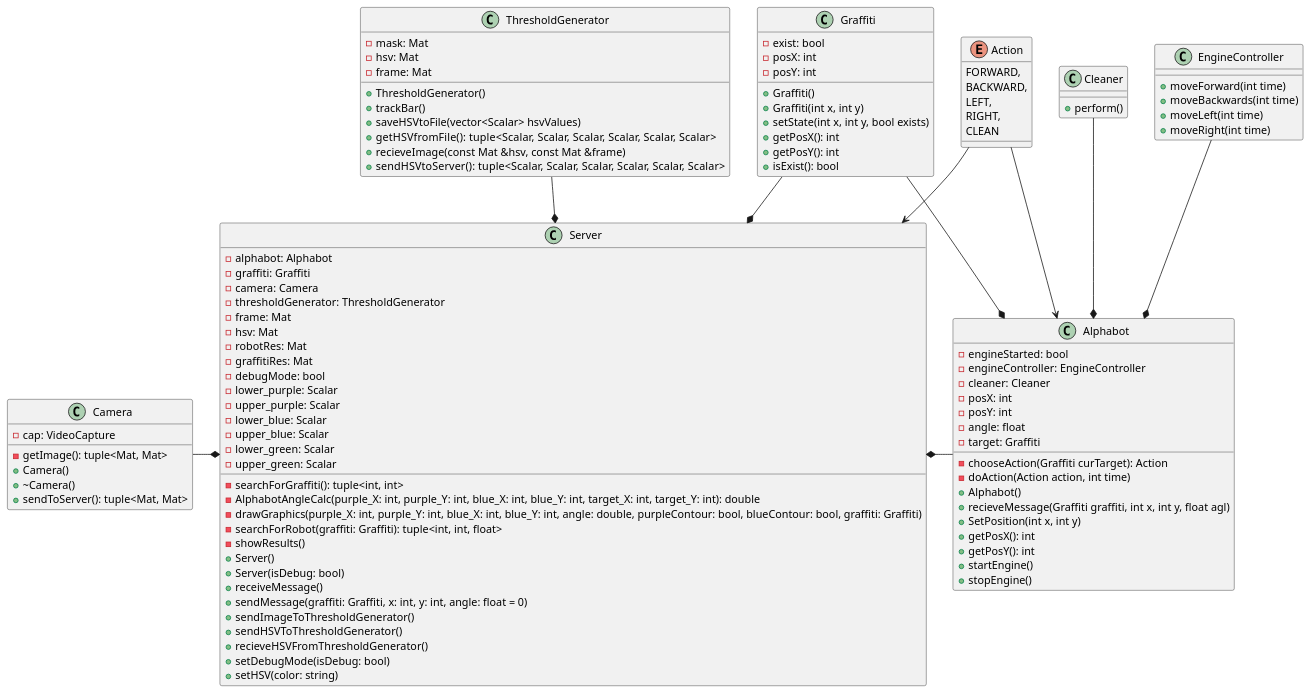
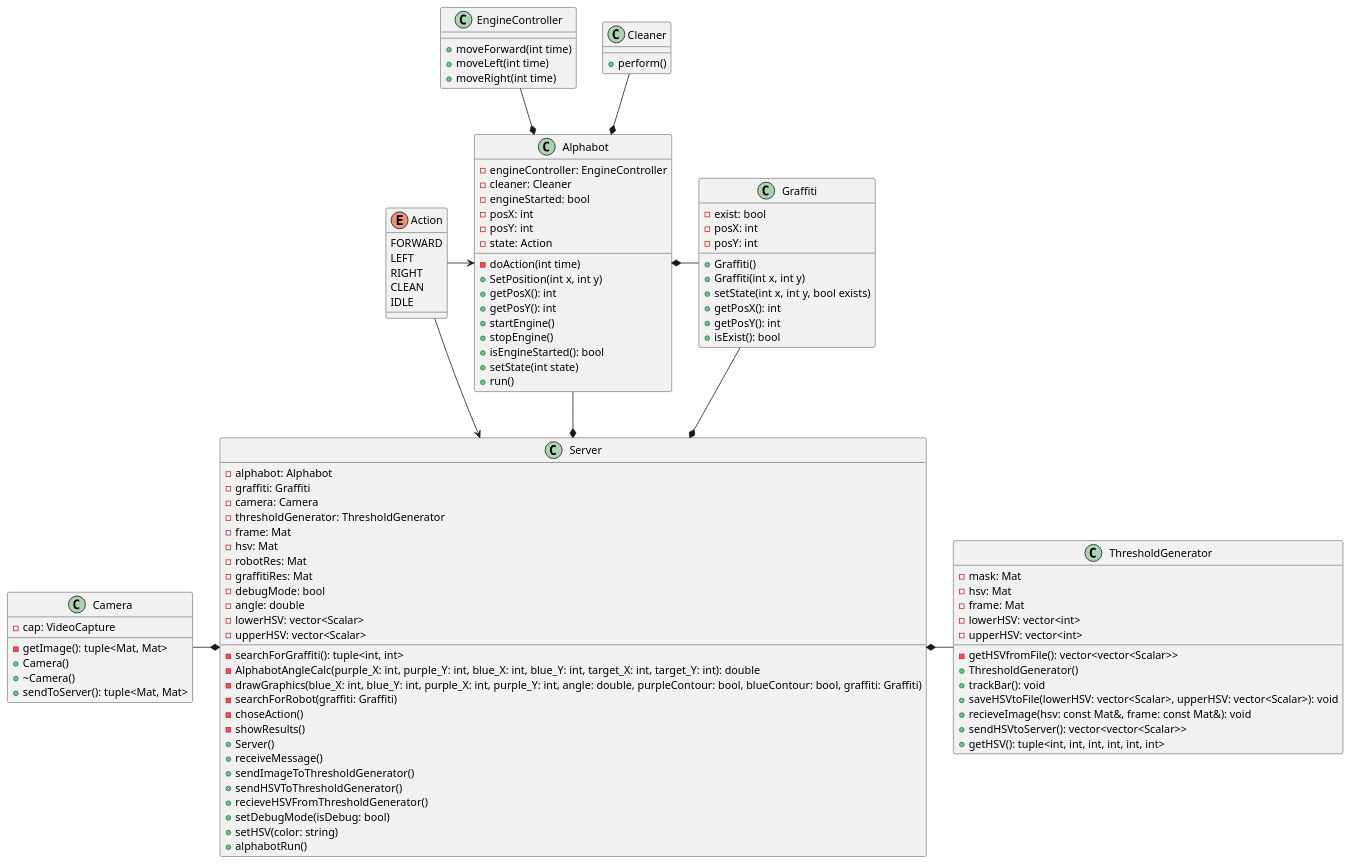
The diagram in plantUML.wsd (kolganovr/Alphabot), drawn with PlantUML before and after one commit. The commit also changed 4 other files, not shown here.

```diff
--- a/plantUML.wsd
+++ b/plantUML.wsd
@@ -1,115 +1,112 @@
 @startuml Alphabot
 
 enum Action {
-    FORWARD,
-    BACKWARD,
-    LEFT,
-    RIGHT,
+    FORWARD
+    LEFT
+    RIGHT
     CLEAN
+    IDLE
 }
 
 class EngineController {
     + moveForward(int time)
-    + moveBackwards(int time)
     + moveLeft(int time)
     + moveRight(int time)
 }
 
 class Cleaner {
     + perform()
 }
 
 class Camera {
     - cap: VideoCapture
     - getImage(): tuple<Mat, Mat>
     + Camera()
     + ~Camera()
     + sendToServer(): tuple<Mat, Mat>
 }
 
 class Graffiti {
     - exist: bool
     - posX: int
     - posY: int
     + Graffiti()
     + Graffiti(int x, int y)
     + setState(int x, int y, bool exists)
     + getPosX(): int
     + getPosY(): int
     + isExist(): bool
 }
 
 class Alphabot {
-    - engineStarted: bool
     - engineController: EngineController
     - cleaner: Cleaner
+    - engineStarted: bool
     - posX: int
     - posY: int
-    - angle: float
-    - target: Graffiti
-    - chooseAction(Graffiti curTarget): Action
-    - doAction(Action action, int time)
-    + Alphabot()
-    + recieveMessage(Graffiti graffiti, int x, int y, float agl)
+    - state: Action
+    - doAction(int time)
     + SetPosition(int x, int y)
     + getPosX(): int
     + getPosY(): int
     + startEngine()
     + stopEngine()
+    + isEngineStarted(): bool
+    + setState(int state)
+    + run()
 }
 
 class ThresholdGenerator {
     - mask: Mat
     - hsv: Mat
     - frame: Mat
+    - lowerHSV: vector<int>
+    - upperHSV: vector<int>
+    - getHSVfromFile(): vector<vector<Scalar>>
     + ThresholdGenerator()
-    + trackBar()
-    + saveHSVtoFile(vector<Scalar> hsvValues)
-    + getHSVfromFile(): tuple<Scalar, Scalar, Scalar, Scalar, Scalar, Scalar>
-    + recieveImage(const Mat &hsv, const Mat &frame)
-    + sendHSVtoServer(): tuple<Scalar, Scalar, Scalar, Scalar, Scalar, Scalar>
+    + trackBar(): void
+    + saveHSVtoFile(lowerHSV: vector<Scalar>, upperHSV: vector<Scalar>): void
+    + recieveImage(hsv: const Mat&, frame: const Mat&): void
+    + sendHSVtoServer(): vector<vector<Scalar>>
+    + getHSV(): tuple<int, int, int, int, int, int>
 }
 
 class Server {
 - alphabot: Alphabot
 - graffiti: Graffiti
 - camera: Camera
 - thresholdGenerator: ThresholdGenerator
 - frame: Mat
 - hsv: Mat
 - robotRes: Mat
 - graffitiRes: Mat
 - debugMode: bool
-- lower_purple: Scalar
-- upper_purple: Scalar
-- lower_blue: Scalar
-- upper_blue: Scalar
-- lower_green: Scalar
-- upper_green: Scalar
+- angle: double
+- lowerHSV: vector<Scalar>
+- upperHSV: vector<Scalar>
 - searchForGraffiti(): tuple<int, int>
 - AlphabotAngleCalc(purple_X: int, purple_Y: int, blue_X: int, blue_Y: int, target_X: int, target_Y: int): double
-- drawGraphics(purple_X: int, purple_Y: int, blue_X: int, blue_Y: int, angle: double, purpleContour: bool, blueContour: bool, graffiti: Graffiti)
-- searchForRobot(graffiti: Graffiti): tuple<int, int, float>
+- drawGraphics(blue_X: int, blue_Y: int, purple_X: int, purple_Y: int, angle: double, purpleContour: bool, blueContour: bool, graffiti: Graffiti)
+- searchForRobot(graffiti: Graffiti)
+- choseAction()
 - showResults()
 + Server()
-+ Server(isDebug: bool)
 + receiveMessage()
-+ sendMessage(graffiti: Graffiti, x: int, y: int, angle: float = 0)
 + sendImageToThresholdGenerator()
 + sendHSVToThresholdGenerator()
 + recieveHSVFromThresholdGenerator()
 + setDebugMode(isDebug: bool)
 + setHSV(color: string)
-
++ alphabotRun()
 }
 
 EngineController --* Alphabot
 Cleaner --* Alphabot
-Graffiti --* Alphabot
-Action --> Alphabot
+Alphabot *- Graffiti
+Action -> Alphabot
 Action --> Server
 Graffiti --* Server
-ThresholdGenerator --* Server
+Server *- ThresholdGenerator
 Camera -* Server
-Server *- Alphabot
+Alphabot --* Server
 @enduml
```
